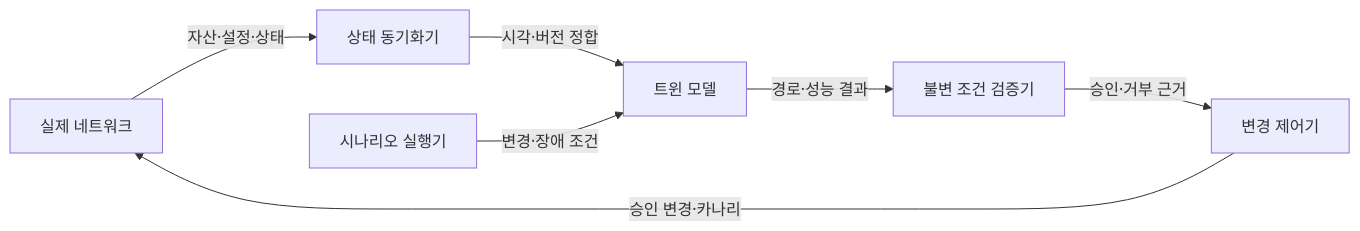
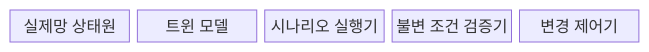
Before and after one commit to agnusdei1207/knowledge-base: the first of 2 diagrams in src/content/docs/notes/04-network/099_network_digital_twin.md, drawn with Mermaid. The commit also changed other lines of this file and 21 other files, not shown here.

````diff
--- a/src/content/docs/notes/04-network/099_network_digital_twin.md
+++ b/src/content/docs/notes/04-network/099_network_digital_twin.md
@@ -53,9 +52,9 @@
 ```mermaid
-flowchart LR
-    A["실제 네트워크"] -->|자산·설정·상태| B["상태 동기화기"]
-    B -->|시각·버전 정합| C["트윈 모델"]
-    D["시나리오 실행기"] -->|변경·장애 조건| C
-    C -->|경로·성능 결과| E["불변 조건 검증기"]
-    E -->|승인·거부 근거| F["변경 제어기"]
-    F -->|승인 변경·카나리| A
+block-beta
+    columns 5
+    A["실제망 상태원"]
+    B["트윈 모델"]
+    C["시나리오 실행기"]
+    D["불변 조건 검증기"]
+    E["변경 제어기"]
 ```
````
